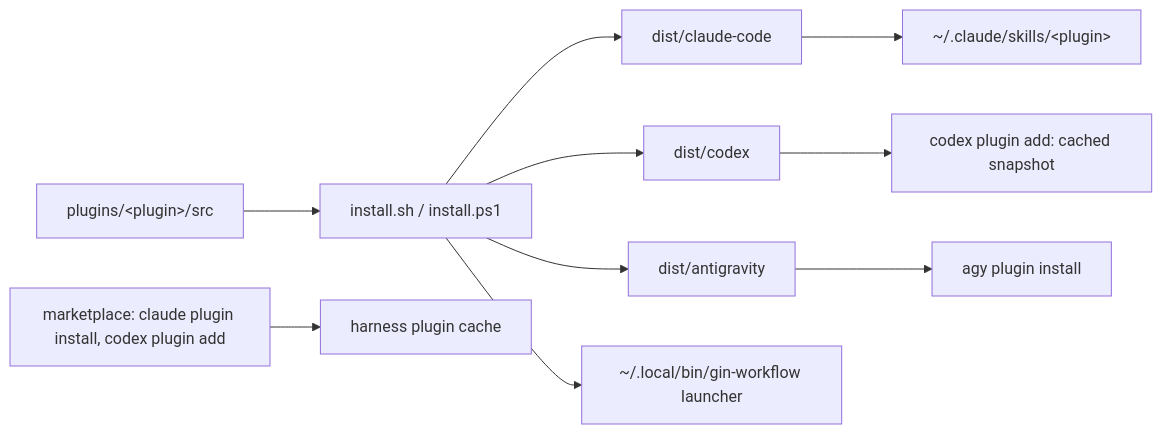
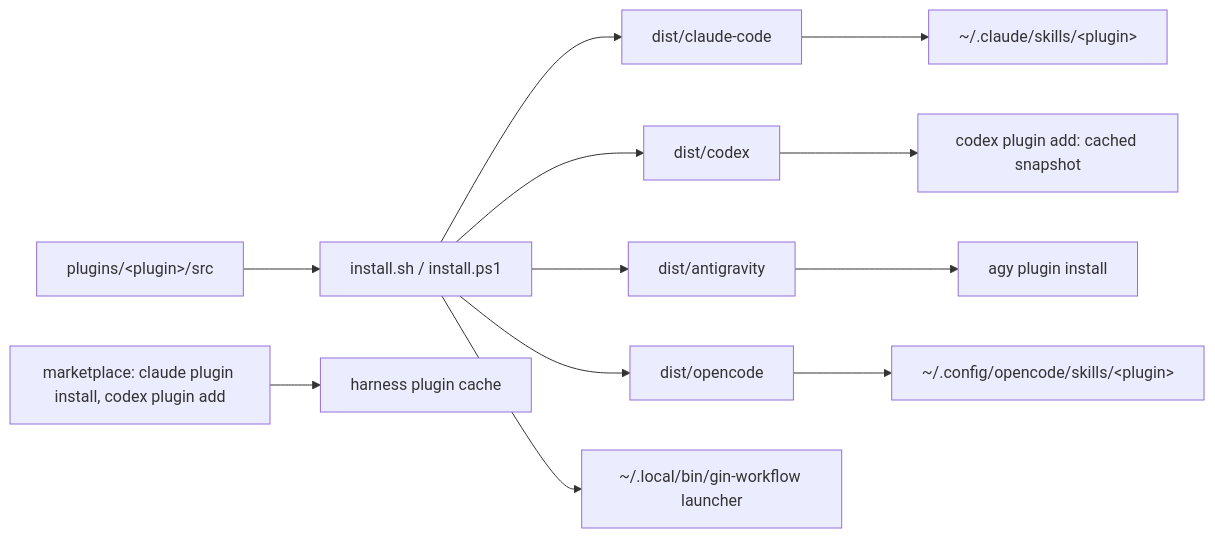
The fifth of 6 diagrams in docs/concepts/architecture.md (giangdhwhtbr/gin-workflow), drawn with Mermaid before and after one commit. The commit also changed other lines of this file and 13 other files, not shown here.

````diff
--- a/docs/concepts/architecture.md
+++ b/docs/concepts/architecture.md
@@ -129,12 +130,14 @@
 ```mermaid
 flowchart LR
     S[plugins/&lt;plugin&gt;/src] --> I[install.sh / install.ps1]
     I --> D1[dist/claude-code]
     I --> D2[dist/codex]
     I --> D3[dist/antigravity]
+    I --> D4[dist/opencode]
     I --> LCH[~/.local/bin/gin-workflow launcher]
     D1 --> C1[~/.claude/skills/&lt;plugin&gt;]
     D2 --> C2[codex plugin add: cached snapshot]
     D3 --> C3[agy plugin install]
+    D4 --> C4[~/.config/opencode/skills/&lt;plugin&gt;]
     MK[marketplace: claude plugin install, codex plugin add] --> C1b[harness plugin cache]
 ```
````
